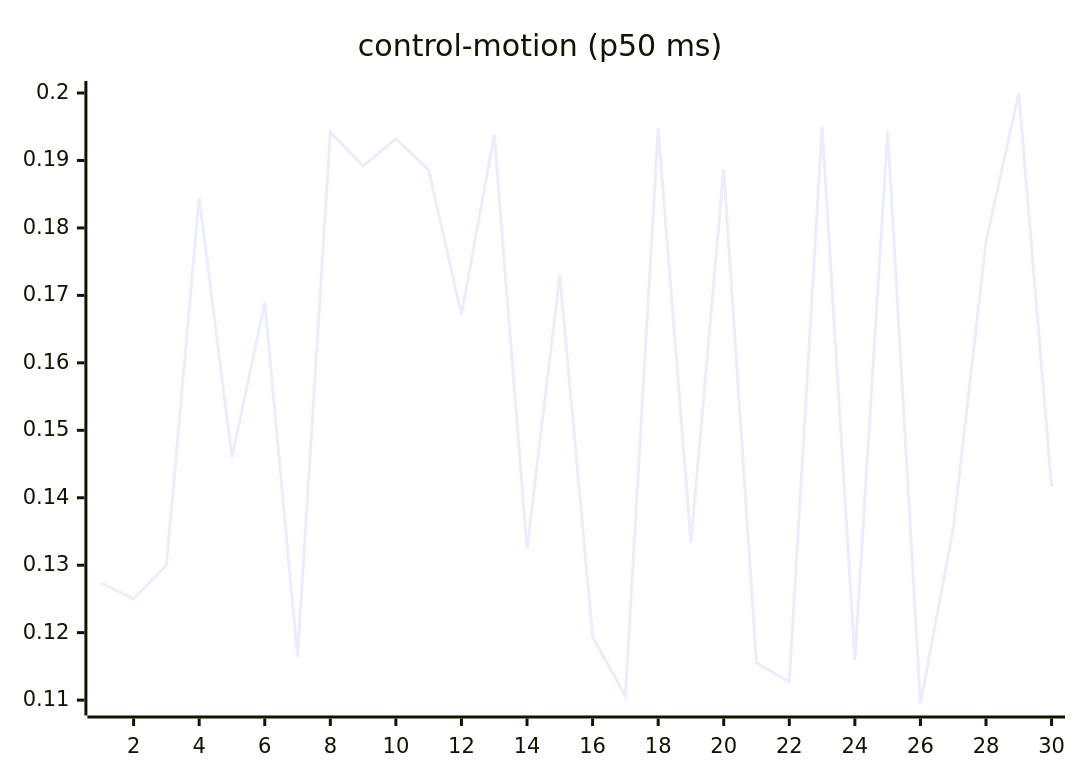
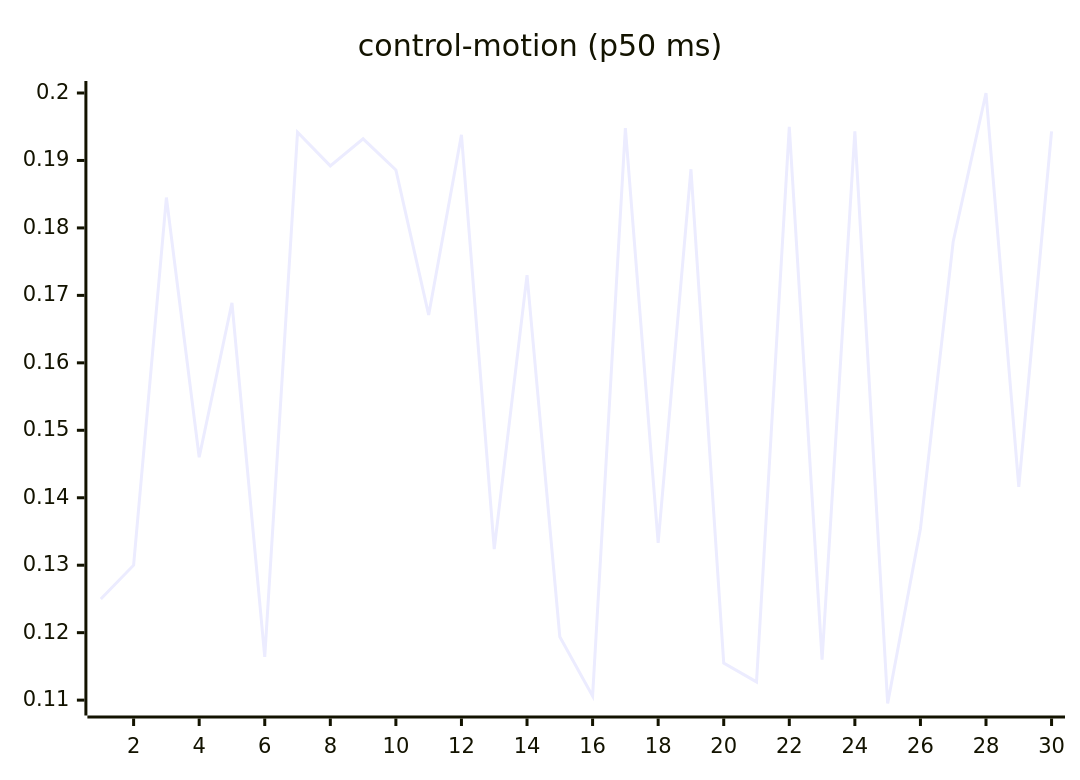
One commit to josha/Facet changed the seventh of 27 diagrams in README.md. Above: the diagram before and after it, drawn with Mermaid. The commit also changed other lines of this file and 2 other files, not shown here.

````diff
--- a/README.md
+++ b/README.md
@@ -105,6 +105,6 @@
 ```mermaid
 xychart-beta
     title "control-motion (p50 ms)"
     x-axis 1 --> 30
-    line [0.1274, 0.1250, 0.1300, 0.1845, 0.1460, 0.1689, 0.1164, 0.1942, 0.1892, 0.1932, 0.1886, 0.1671, 0.1938, 0.1324, 0.1730, 0.1194, 0.1106, 0.1948, 0.1333, 0.1887, 0.1155, 0.1127, 0.1950, 0.1160, 0.1943, 0.1095, 0.1354, 0.1780, 0.2000, 0.1416]
+    line [0.1250, 0.1300, 0.1845, 0.1460, 0.1689, 0.1164, 0.1942, 0.1892, 0.1932, 0.1886, 0.1671, 0.1938, 0.1324, 0.1730, 0.1194, 0.1106, 0.1948, 0.1333, 0.1887, 0.1155, 0.1127, 0.1950, 0.1160, 0.1943, 0.1095, 0.1354, 0.1780, 0.2000, 0.1416, 0.1943]
 ```
````
